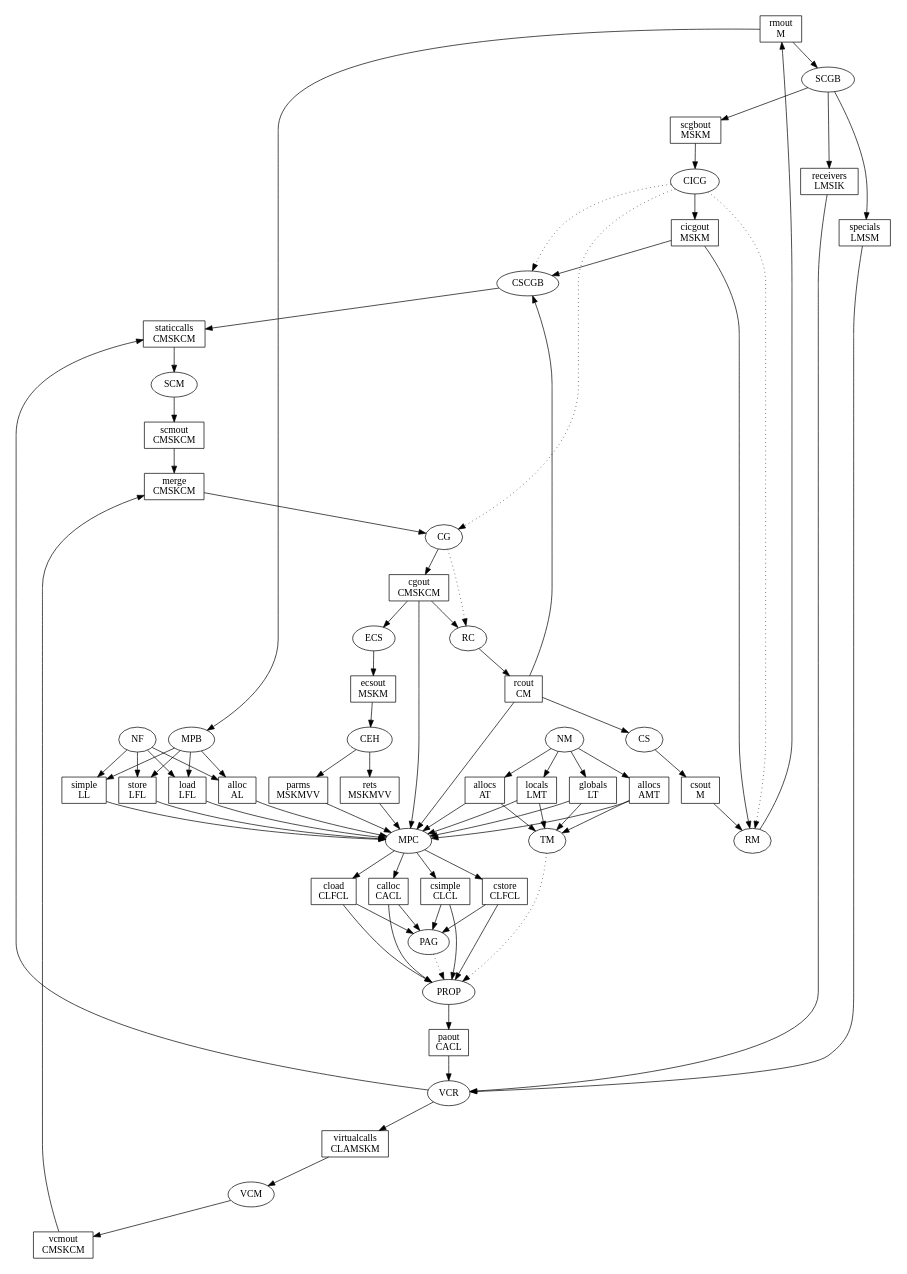
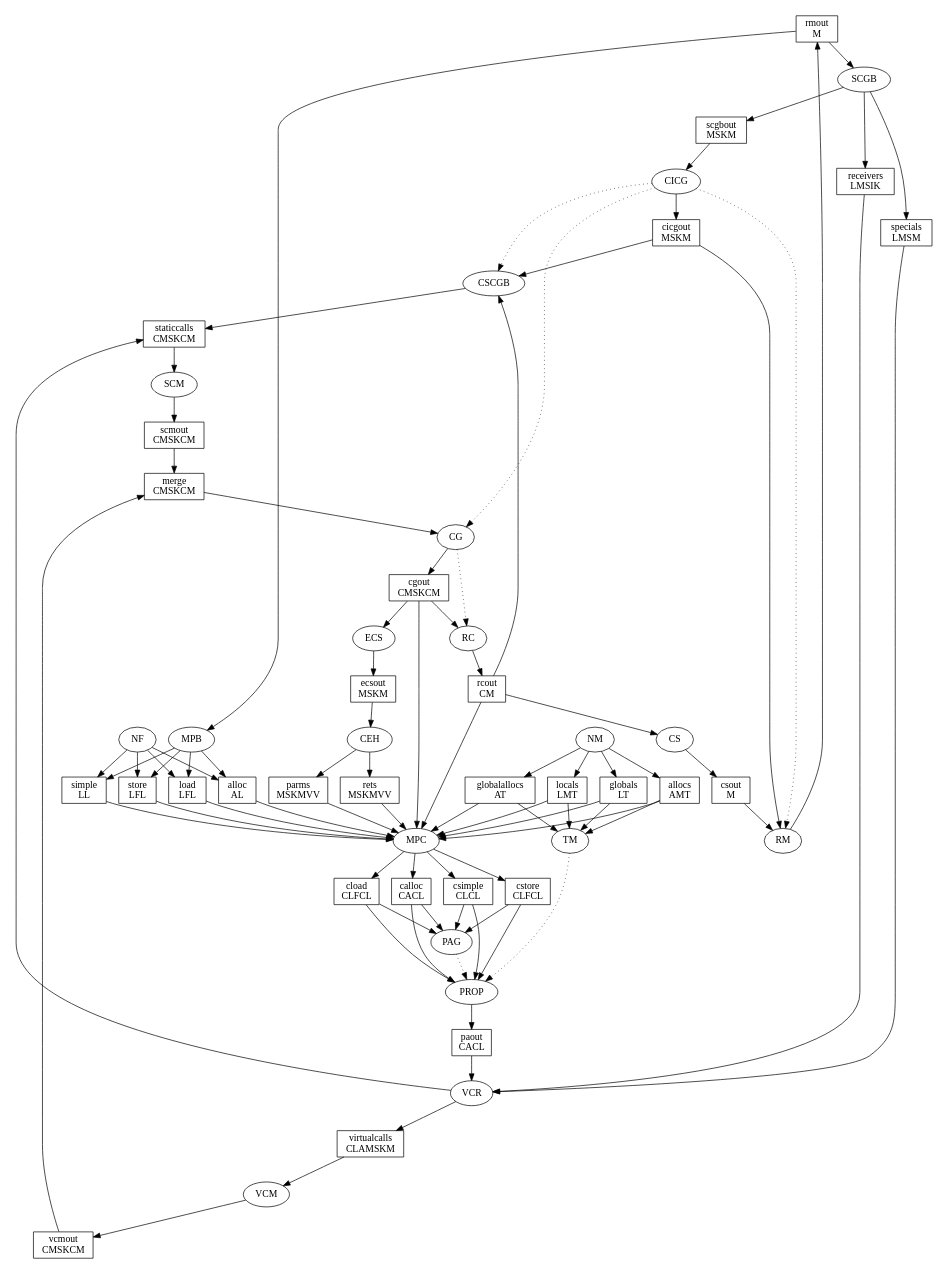
Before and after one commit to insightfullogic/insightfullogic-soot: the diagram in src/soot/jimple/paddle/overview.dot, drawn with Graphviz. The commit also changed 331 other files, not shown here.

```diff
--- a/src/soot/jimple/paddle/overview.dot
+++ b/src/soot/jimple/paddle/overview.dot
@@ -1,136 +1,136 @@
 digraph overview {
     size="7.5,10";
     mclimit=100.0;
     nslimit=100.0;
     node [shape=box];
 
 
     rmout [label="rmout\nM"];
     scgbout [label="scgbout\nMSKM"];
     receivers [label="receivers\nLMSIK"];
     specials [label="specials\nLMSM"];
     cicgout [label="cicgout\nMSKM"];
 
     staticcalls [label="staticcalls\nCMSKCM"];
     scmout [label="scmout\nCMSKCM"];
     cgout [label="cgout\nCMSKCM"];
     ecsout [label="ecsout\nMSKM"];
     rcout [label="rcout\nCM"];
     csout [label="csout\nM"];
     parms [label="parms\nMSKMVV"];
     rets [label="rets\nMSKMVV"];
 
     merge [label="merge\nCMSKCM"];
 
     locals [label="locals\nLMT"];
     globals [label="globals\nLT"];
     localallocs [label="allocs\nAMT"];
-    globalallocs [label="allocs\nAT"];
+    globalallocs [label="globalallocs\nAT"];
 
     simple [label="simple\nLL"];
     store [label="store\nLFL"];
     load [label="load\nLFL"];
     alloc [label="alloc\nAL"];
 
     csimple [label="csimple\nCLCL"];
     cstore [label="cstore\nCLFCL"];
     cload [label="cload\nCLFCL"];
     calloc [label="calloc\nCACL"];
 
     paout [label="paout\nCACL"];
 
     virtualcalls [label="virtualcalls\nCLAMSKM"];
 
     vcmout [label="vcmout\nCMSKCM"];
 
     node [shape=ellipse];
 
     NM -> locals;
     NM -> globals;
     NM -> localallocs;
     NM -> globalallocs;
 
     scgbout -> CICG -> cicgout;
     cicgout -> RM -> rmout;
     CICG -> RM [style=dotted];
 
     rmout -> SCGB -> scgbout;
     SCGB -> receivers;
     SCGB -> specials;
 
     scmout -> merge;
     vcmout -> merge;
     merge -> CG -> cgout;
     CICG -> CG [style=dotted];
 
     cgout -> RC -> rcout;
     CG -> RC [style=dotted];
 
     rcout -> CS -> csout;
     csout -> RM;
 
     rcout -> CSCGB -> staticcalls;
     cicgout -> CSCGB;
     CICG -> CSCGB [style=dotted];
 
     rmout -> MPB;
     MPB -> simple;
     MPB -> store;
     MPB -> load;
     MPB -> alloc;
 
     simple -> MPC;
     store -> MPC;
     load -> MPC;
     alloc -> MPC;
     locals -> MPC;
     globals -> MPC;
     localallocs -> MPC;
     globalallocs -> MPC;
     rcout -> MPC;
     parms -> MPC;
     rets -> MPC;
     cgout -> MPC;
     MPC -> csimple;
     MPC -> cstore;
     MPC -> cload;
     MPC -> calloc;
 
     csimple -> PAG;
     cload -> PAG;
     cstore -> PAG;
     calloc -> PAG;
 
     csimple -> PROP;
     cload -> PROP;
     cstore -> PROP;
     calloc -> PROP;
     PROP -> paout;
     PAG -> PROP [style=dotted];
 
     receivers -> VCR;
     specials -> VCR;
     paout -> VCR;
     VCR -> virtualcalls;
     VCR -> staticcalls;
 
     virtualcalls -> VCM -> vcmout;
 
     staticcalls -> SCM -> scmout;
 
     cgout -> ECS -> ecsout;
 
     ecsout -> CEH -> parms;
     CEH -> rets;
 
     NF -> simple;
     NF -> load;
     NF -> store;
     NF -> alloc;
 
     locals -> TM;
     globals -> TM;
     localallocs -> TM;
     globalallocs -> TM;
     TM -> PROP [style=dotted];
 }
```
